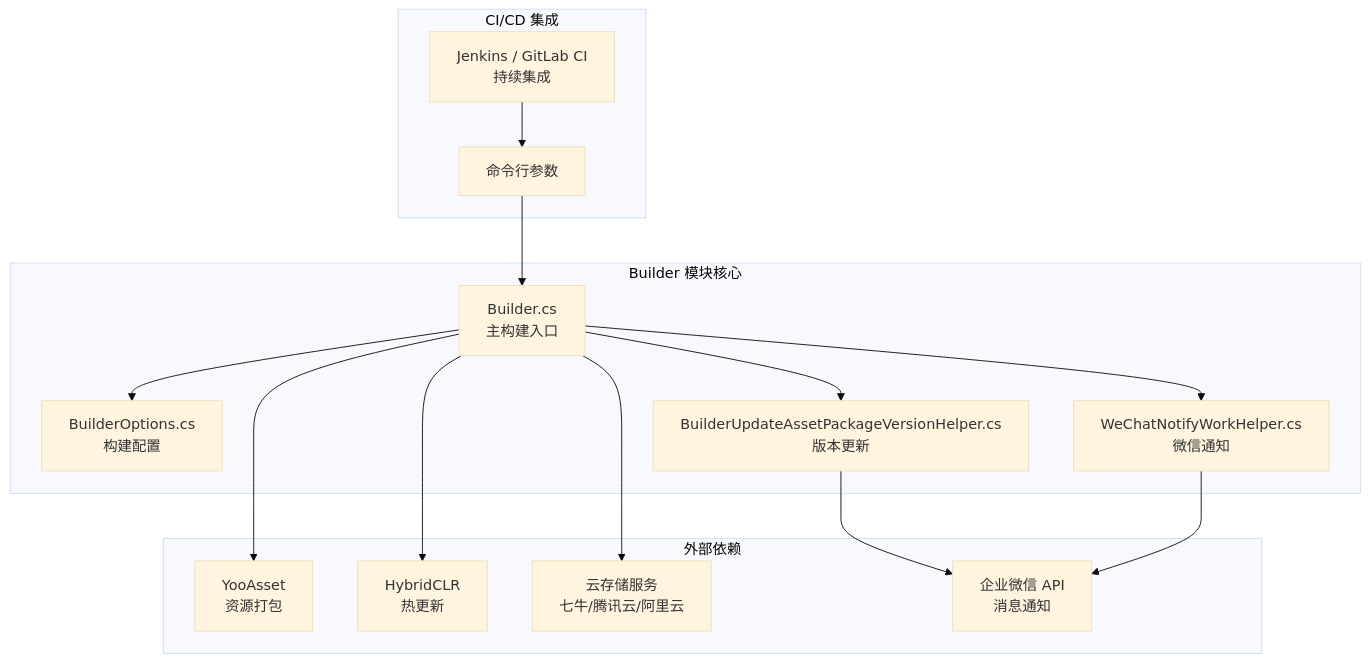
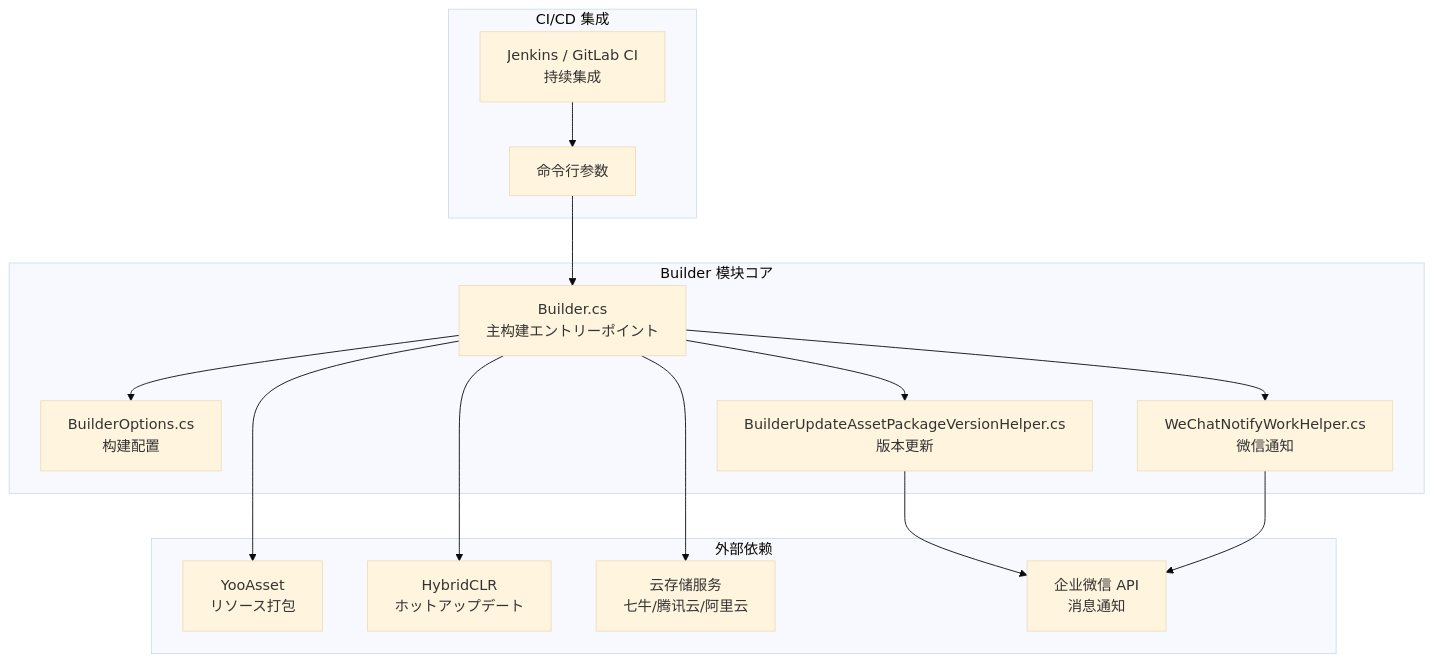
One commit to AlianBlank/GameFrameX.Docs changed the first of 2 diagrams in docs/ja/client/unity/component/builder/01.overview.md. Above: the diagram before and after it, drawn with Mermaid (base theme). The commit also changed other lines of this file and 603 other files, not shown here.

````diff
--- a/docs/ja/client/unity/component/builder/01.overview.md
+++ b/docs/ja/client/unity/component/builder/01.overview.md
@@ -15,32 +15,32 @@
 ```mermaid
 flowchart TD
-    subgraph Builder["Builder 模块核心"]
-        BuilderMain[Builder.cs<br/>主构建入口]
+    subgraph Builder["Builder 模块コア"]
+        BuilderMain[Builder.cs<br/>主构建エントリーポイント]
         BuilderOptions[BuilderOptions.cs<br/>构建配置]
         VersionHelper[BuilderUpdateAssetPackageVersionHelper.cs<br/>版本更新]
         WeChatHelper[WeChatNotifyWorkHelper.cs<br/>微信通知]
     end
 
     subgraph External["外部依赖"]
-        YooAsset[YooAsset<br/>资源打包]
-        HybridCLR[HybridCLR<br/>热更新]
+        YooAsset[YooAsset<br/>リソース打包]
+        HybridCLR[HybridCLR<br/>ホットアップデート]
         ObjectStorage[云存储服务<br/>七牛/腾讯云/阿里云]
         WeChatAPI[企业微信 API<br/>消息通知]
     end
 
     subgraph CI["CI/CD 集成"]
         CommandLine[命令行参数]
         Jenkins[Jenkins / GitLab CI<br/>持续集成]
     end
 
     CommandLine --> BuilderMain
     Jenkins --> CommandLine
     BuilderMain --> BuilderOptions
     BuilderMain --> YooAsset
     BuilderMain --> HybridCLR
     BuilderMain --> ObjectStorage
     BuilderMain --> VersionHelper
     VersionHelper --> WeChatAPI
     BuilderMain --> WeChatHelper
     WeChatHelper --> WeChatAPI
 ```
````
